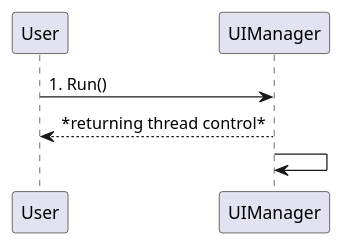
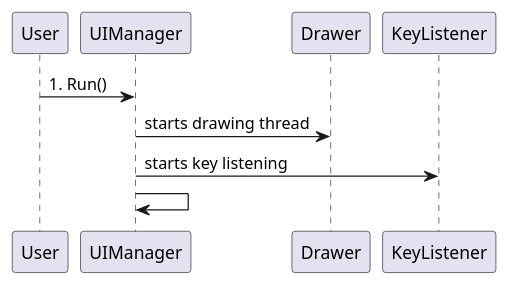
Before and after one commit to sunnyyssh/ConsoleUI: the diagram in Sunnyyssh.ConsoleUI/Scheme/Actions/Run.puml, drawn with PlantUML. The commit also changed 5 other files, not shown here.

```diff
--- a/Sunnyyssh.ConsoleUI/Scheme/Actions/Run.puml
+++ b/Sunnyyssh.ConsoleUI/Scheme/Actions/Run.puml
@@ -1,8 +1,8 @@
 @startuml
 
-
 User -> UIManager : 1. Run() 
-UIManager --> User : *returning thread control*
-UIManager -> UIManager 
+UIManager -> Drawer : starts drawing thread
+UIManager -> KeyListener : starts key listening
+UIManager -> UIManager : 
 
 @enduml
```
